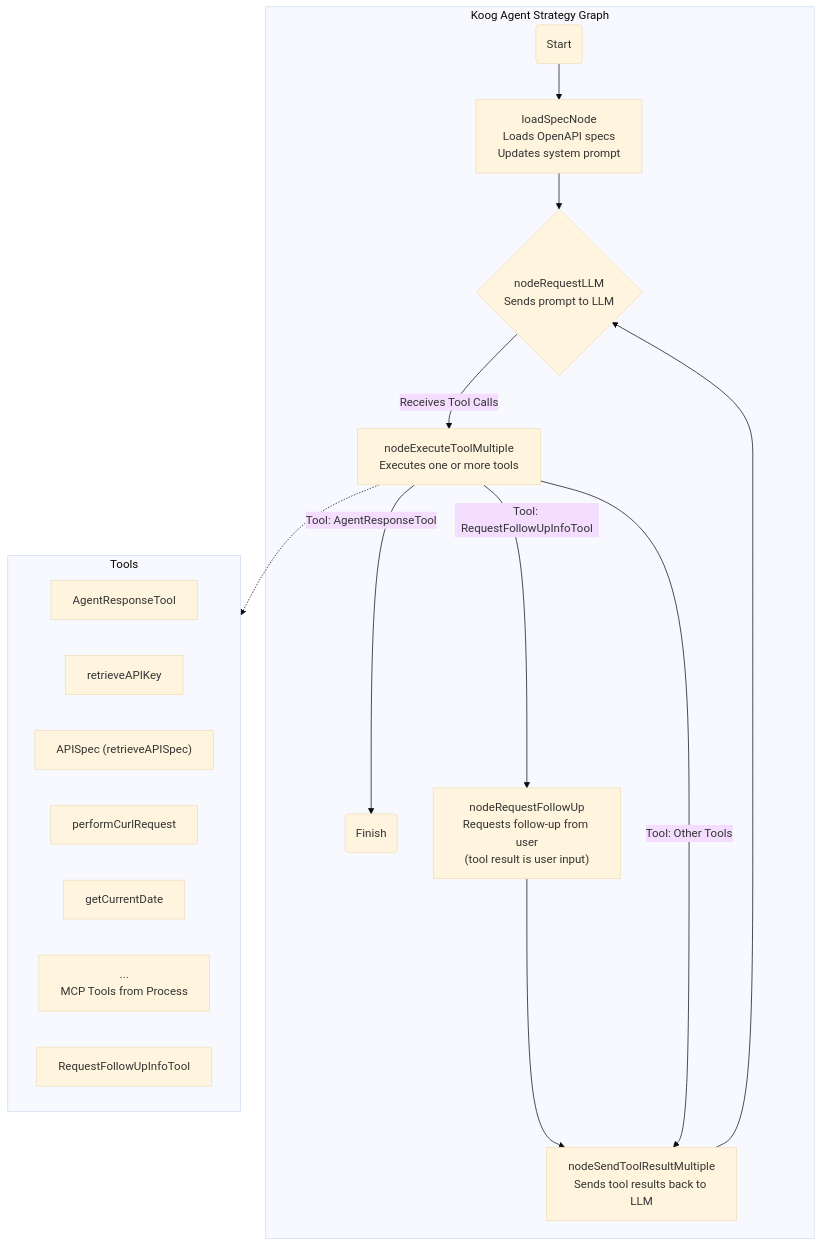
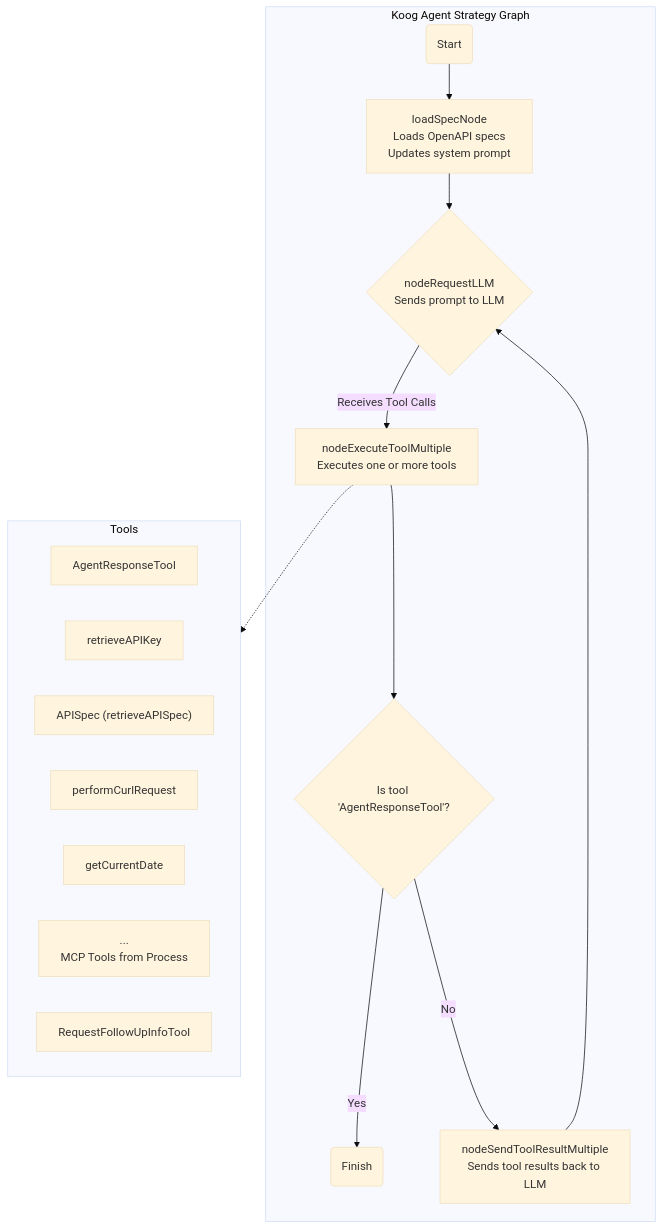
The diagram in README.md (teegarcs/Koog_CLI), drawn with Mermaid (base theme) before and after one commit.

Commit message:
adding ability to request more information from the user

````diff
--- a/README.md
+++ b/README.md
@@ -68,27 +68,26 @@
 ```mermaid
 graph TD
     subgraph "Koog Agent Strategy Graph"
         A(Start) --> B["loadSpecNode<br/>Loads OpenAPI specs<br/>Updates system prompt"];
         B --> C{"nodeRequestLLM<br/>Sends prompt to LLM"};
         C -- "Receives Tool Calls" --> D["nodeExecuteToolMultiple<br/>Executes one or more tools"];
-        D -- "Tool: AgentResponseTool" --> F(Finish);
-        D -- "Tool: RequestFollowUpInfoTool" --> M["nodeRequestFollowUp<br/>Requests follow-up from user<br/>(tool result is user input)"];
-        M --> E["nodeSendToolResultMultiple<br/>Sends tool results back to LLM"];
-        D -- "Tool: Other Tools" --> E;
+        D --> Condition{"Is tool 'AgentResponseTool'?"};
+        Condition -- "Yes" --> F(Finish);
+        Condition -- "No" --> E["nodeSendToolResultMultiple<br/>Sends tool results back to LLM"];
         E --> C;
     end
 
     subgraph Tools
         direction LR
         G[AgentResponseTool]
         H[retrieveAPIKey]
         I["APISpec (retrieveAPISpec)"]
         J[performCurlRequest]
         K[getCurrentDate]
         L["...<br/>MCP Tools from Process"]
         N[RequestFollowUpInfoTool]
     end
 
     D -.-> Tools;
 
 ```
````
